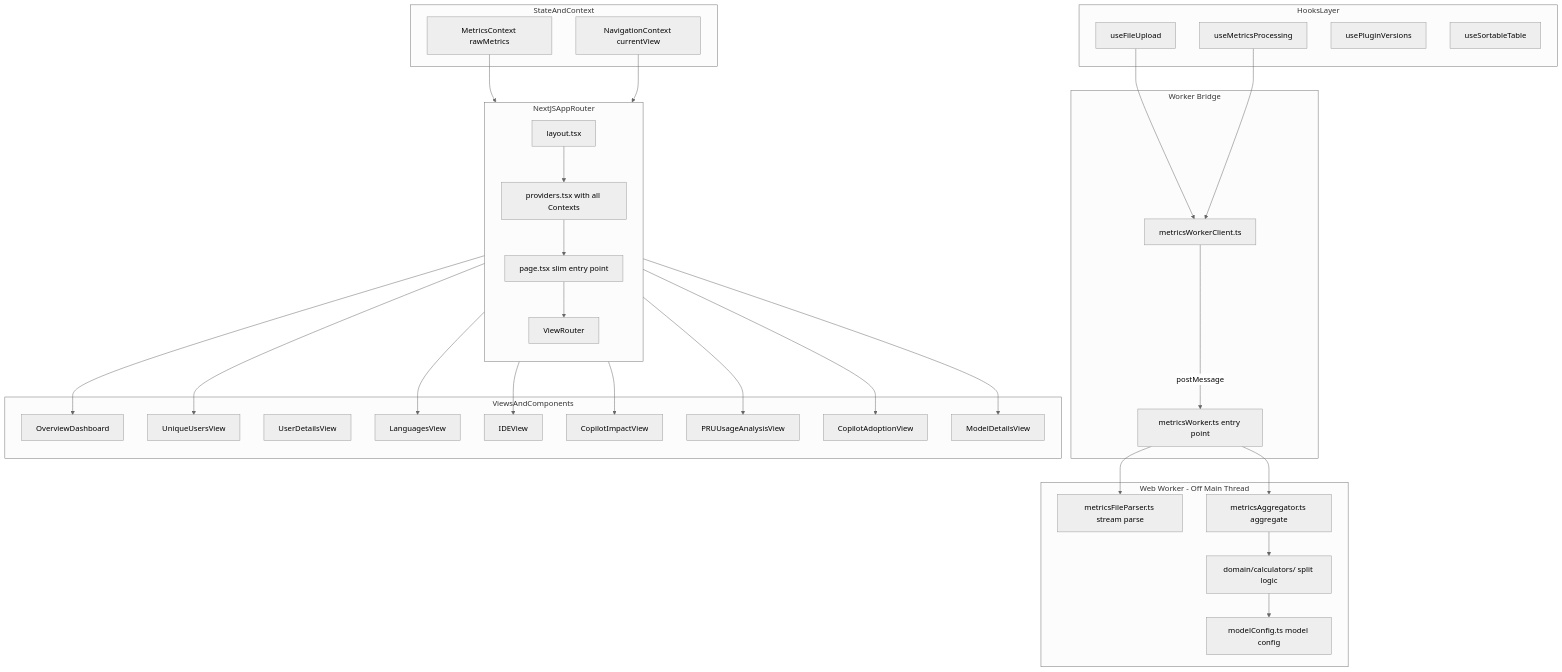
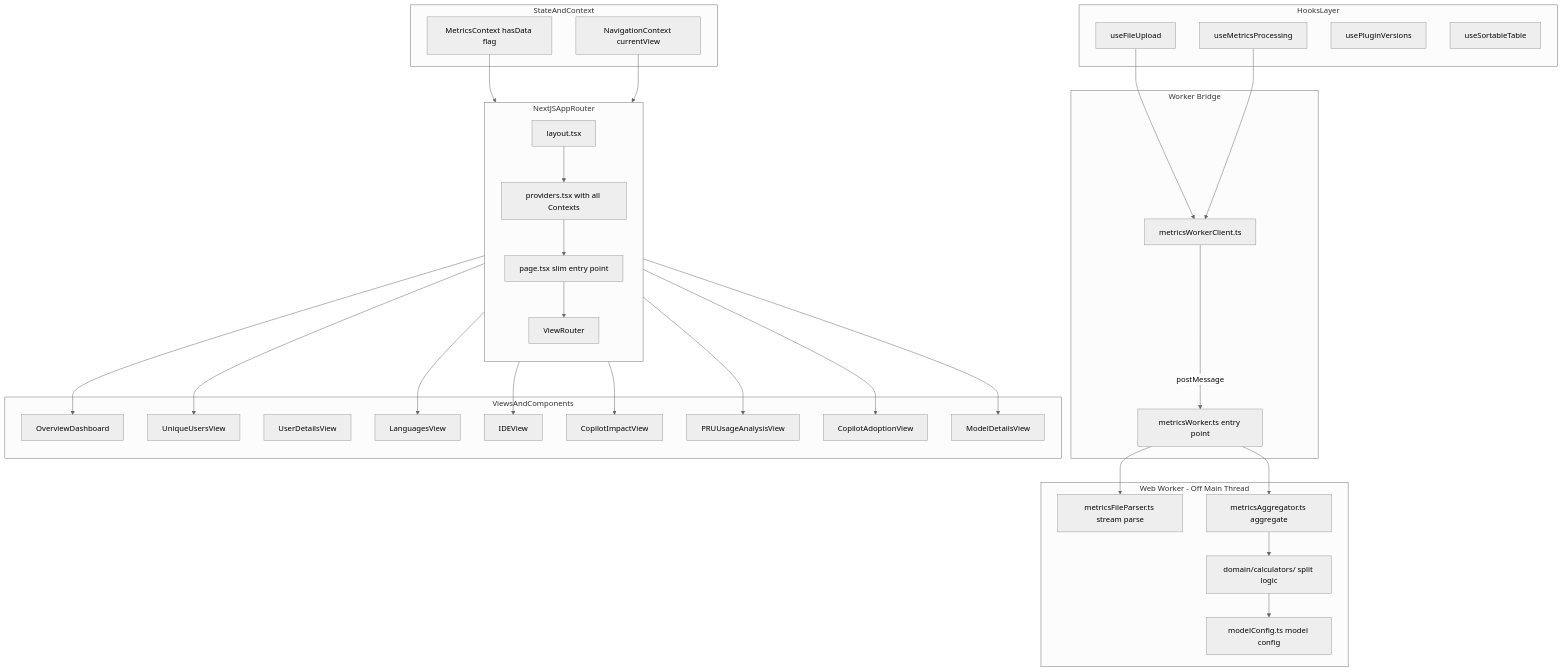
One commit to asizikov-demos/copilot-user-level-statistics-viewer changed the second of 2 diagrams in docs/project-overview.md. Above: the diagram before and after it, drawn with Mermaid (neutral theme). The commit also changed other lines of this file, not shown here.

First line of the commit message:
docs: update architecture docs for aggregated-only data flow

````diff
--- a/docs/project-overview.md
+++ b/docs/project-overview.md
@@ -436,65 +468,65 @@
 ```mermaid
 flowchart TB
 	subgraph NextJSAppRouter
 		direction TB
 		L[layout.tsx] --> P[providers.tsx with all Contexts]
 		P --> H[page.tsx slim entry point]
 		H --> VR[ViewRouter]
 	end
 
 	subgraph StateAndContext
-		MC[MetricsContext rawMetrics]
+		MC[MetricsContext hasData flag]
 		NC[NavigationContext currentView]
 	end
 
 	subgraph WebWorker[Web Worker - Off Main Thread]
 		MFP[metricsFileParser.ts stream parse]
 		MA[metricsAggregator.ts aggregate]
 		CALC[domain/calculators/ split logic]
 		MConf[modelConfig.ts model config]
 	end
 
 	subgraph WorkerBridge[Worker Bridge]
 		WC[metricsWorkerClient.ts]
 		WT[metricsWorker.ts entry point]
 	end
 
 	subgraph HooksLayer
 		UFU[useFileUpload]
 		UMP[useMetricsProcessing]
 		UPV[usePluginVersions]
 		UST[useSortableTable]
 	end
 
 	subgraph ViewsAndComponents
 		OV[OverviewDashboard]
 		UV[UniqueUsersView]
 		UD[UserDetailsView]
 		LV[LanguagesView]
 		IV[IDEView]
 		CI[CopilotImpactView]
 		PR[PRUUsageAnalysisView]
 		CA[CopilotAdoptionView]
 		MD[ModelDetailsView]
 	end
 
 	VR --> OV
 	VR --> UV
 	VR --> LV
 	VR --> IV
 	VR --> CI
 	VR --> PR
 	VR --> CA
 	VR --> MD
 
 	UFU --> WC
 	UMP --> WC
 	WC -->|postMessage| WT
 	WT --> MFP
 	WT --> MA
 	MA --> CALC
 	CALC --> MConf
 
 	MC --> VR
 	NC --> VR
 ```
````
